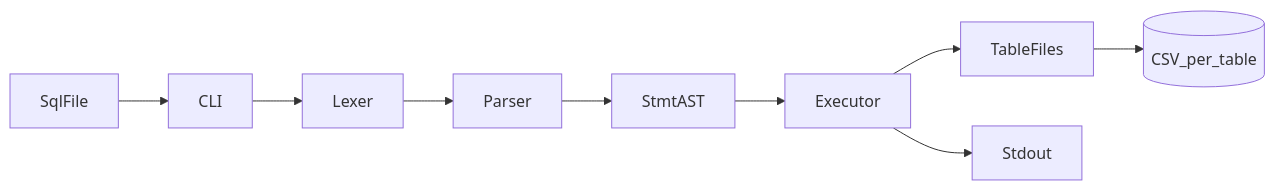
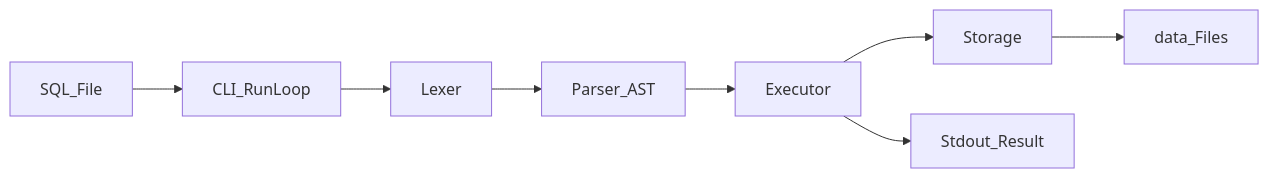
One commit to tail1887/sql_parsor changed the second of 12 diagrams in README.md. Above: the diagram before and after it, drawn with Mermaid. The commit also changed other lines of this file, not shown here.

````diff
--- a/README.md
+++ b/README.md
@@ -56,11 +43,10 @@
 ```mermaid
 flowchart LR
-    SqlFile[SqlFile] --> CLI[CLI]
-    CLI --> Lexer[Lexer]
-    Lexer --> Parser[Parser]
-    Parser --> AST[StmtAST]
-    AST --> Exec[Executor]
-    Exec --> Store[TableFiles]
-    Store --> FS[(CSV_per_table)]
-    Exec --> Out[Stdout]
+    sqlFile[SQL_File] --> cli[CLI_RunLoop]
+    cli --> lexer[Lexer]
+    lexer --> parser[Parser_AST]
+    parser --> exec[Executor]
+    exec --> storage[Storage]
+    exec --> stdoutOut[Stdout_Result]
+    storage --> dataFiles[data_Files]
 ```
````
